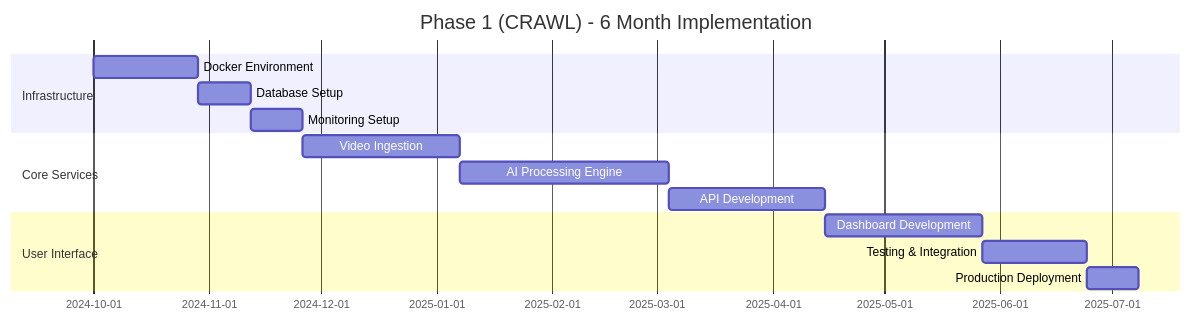
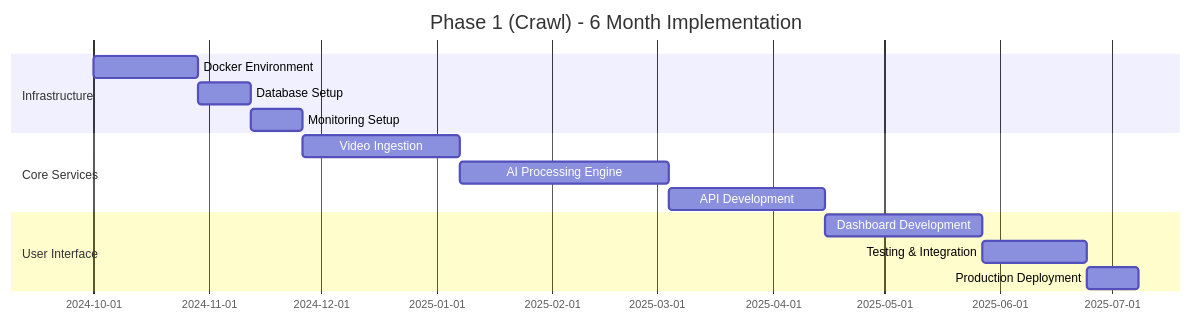
The diagram in project-overview/03-implementation-approach.md (RaulMedeiros/video_analytics_platform), drawn with Mermaid before and after one commit. The commit also changed other lines of this file and 11 other files, not shown here.

````diff
--- a/project-overview/03-implementation-approach.md
+++ b/project-overview/03-implementation-approach.md
@@ -90,19 +91,19 @@
 ```mermaid
 gantt
-    title Phase 1 (CRAWL) - 6 Month Implementation
+    title Phase 1 (Crawl) - 6 Month Implementation
     dateFormat  YYYY-MM-DD
     section Infrastructure
     Docker Environment    :infra1, 2024-10-01, 4w
     Database Setup        :infra2, after infra1, 2w
     Monitoring Setup      :infra3, after infra2, 2w
 
     section Core Services
     Video Ingestion       :core1, after infra3, 6w
     AI Processing Engine  :core2, after core1, 8w
     API Development       :core3, after core2, 6w
 
     section User Interface
     Dashboard Development :ui1, after core3, 6w
     Testing & Integration :test1, after ui1, 4w
     Production Deployment :deploy1, after test1, 2w
 ```
````
